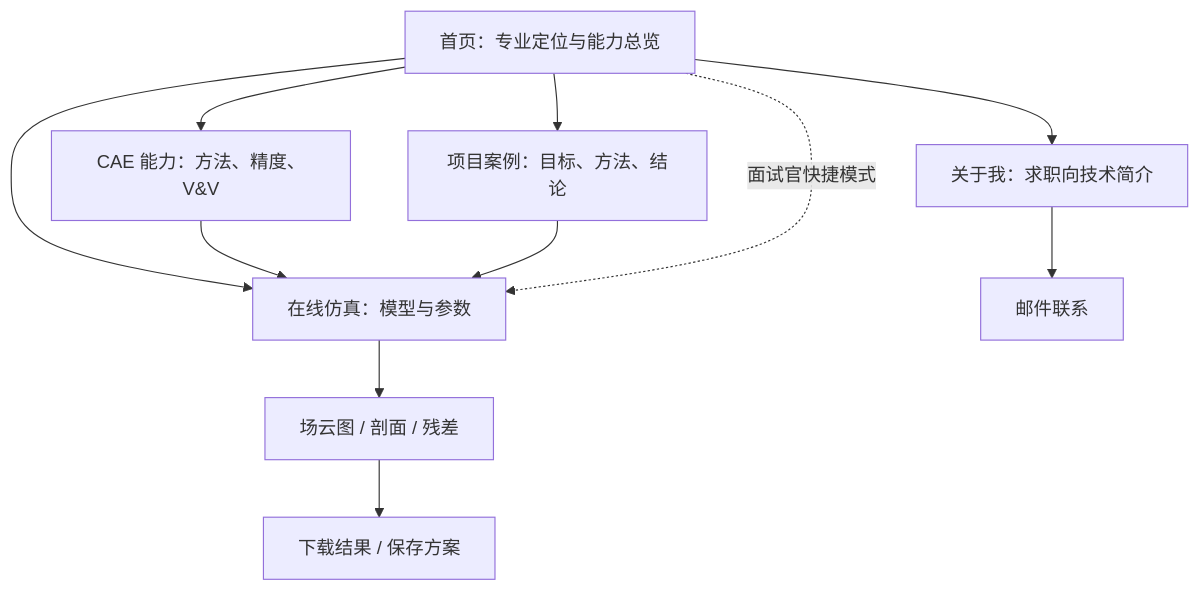
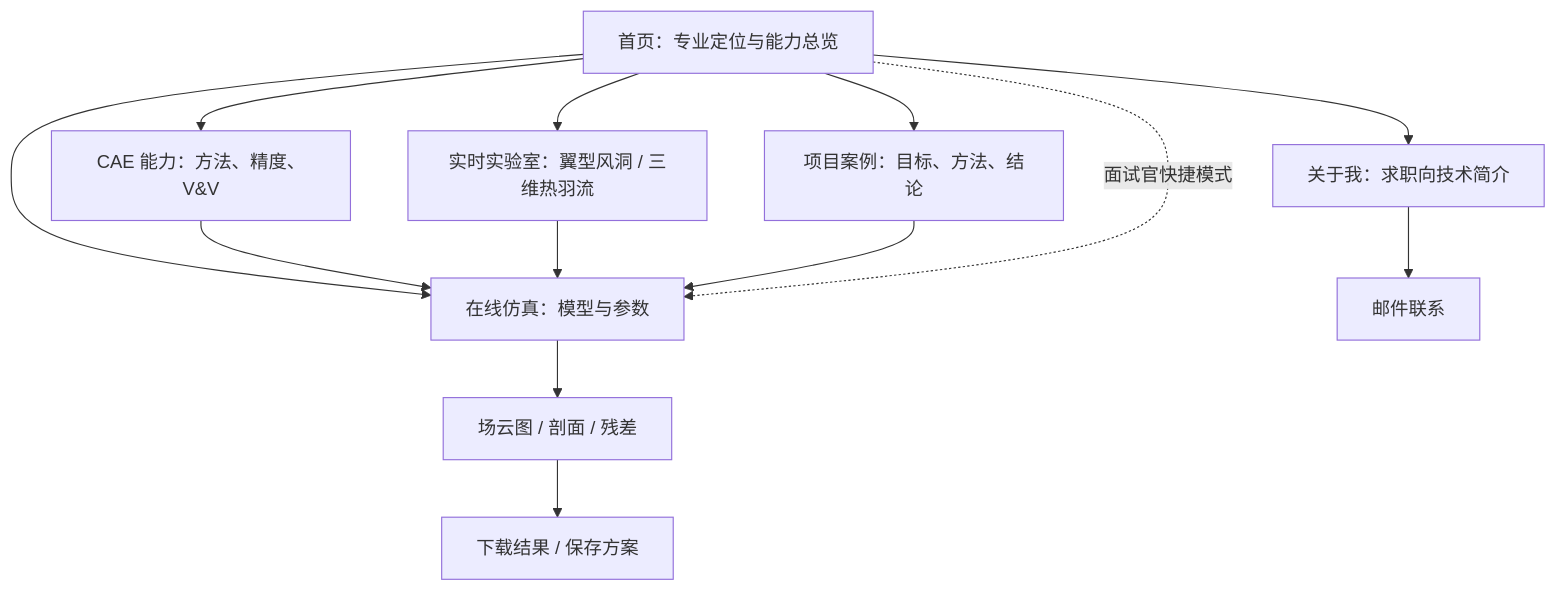
The first of 2 diagrams in ARCHITECTURE.md (PhyTwin/PhyTwin), drawn with Mermaid before and after one commit. The commit also changed other lines of this file and 14 other files, not shown here.

````diff
--- a/ARCHITECTURE.md
+++ b/ARCHITECTURE.md
@@ -15,13 +16,15 @@
 ```mermaid
 flowchart TD
   H[首页：专业定位与能力总览] --> C[CAE 能力：方法、精度、V&V]
+  H --> L[实时实验室：翼型风洞 / 三维热羽流]
   H --> S[在线仿真：模型与参数]
   H --> P[项目案例：目标、方法、结论]
   H --> A[关于我：求职向技术简介]
   C --> S
+  L --> S
   P --> S
   S --> V[场云图 / 剖面 / 残差]
   V --> D[下载结果 / 保存方案]
   A --> M[邮件联系]
   H -. 面试官快捷模式 .-> S
 ```
````
